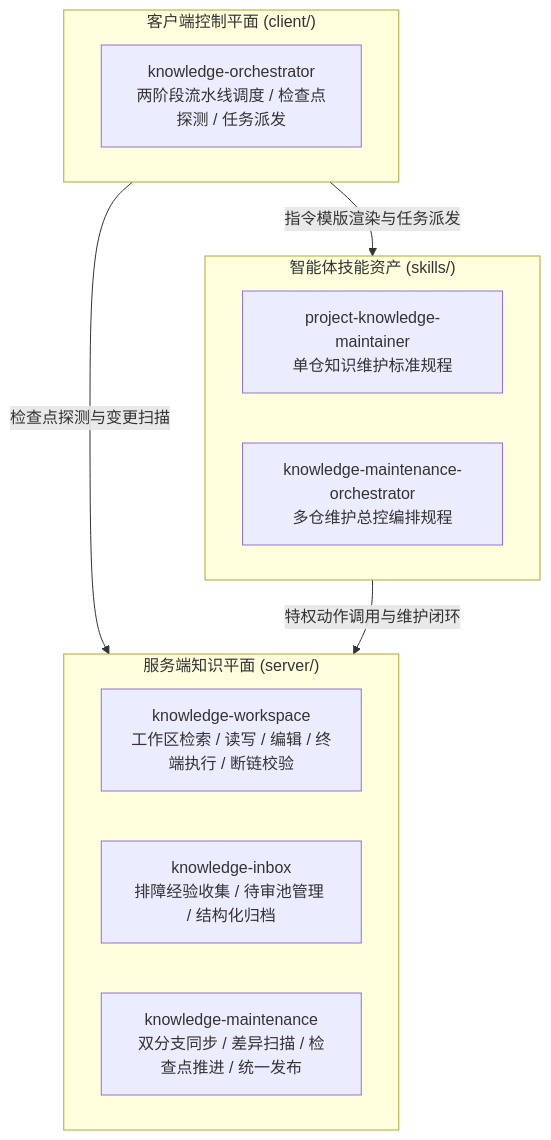
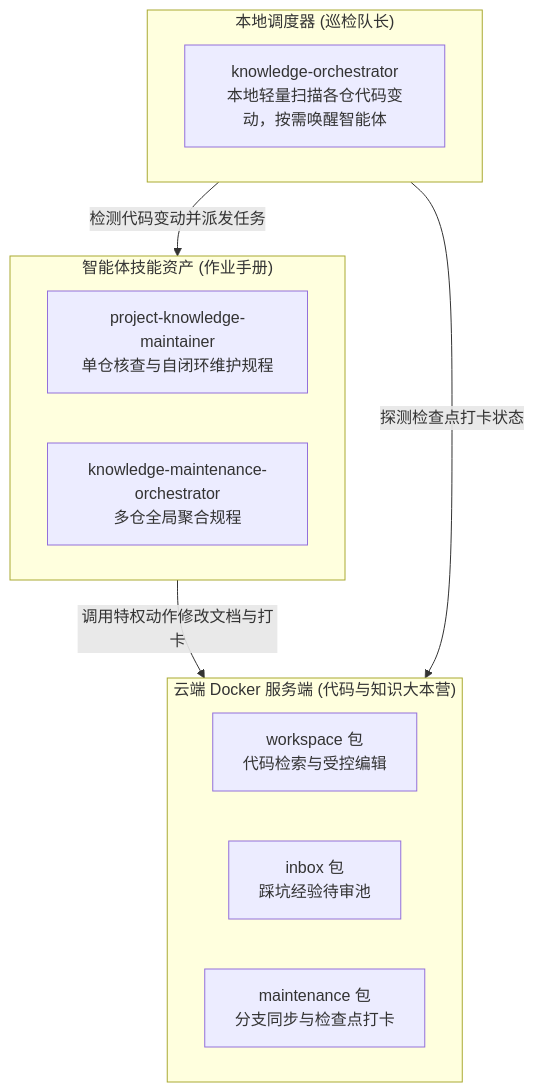
The first of 3 diagrams in docs/architecture.md (fjay/knowledge-dock), drawn with Mermaid before and after one commit. The commit also changed other lines of this file and 4 other files, not shown here.

````diff
--- a/docs/architecture.md
+++ b/docs/architecture.md
@@ -11,21 +9,21 @@
 ```mermaid
 flowchart TD
-    subgraph ClientPlane ["客户端控制平面 (client/)"]
-        Orchestrator["knowledge-orchestrator<br/>两阶段流水线调度 / 检查点探测 / 任务派发"]
+    subgraph ClientPlane ["本地调度器 (巡检队长)"]
+        Orchestrator["knowledge-orchestrator<br/>本地轻量扫描各仓代码变动，按需唤醒智能体"]
     end
 
-    subgraph SkillsPlane ["智能体技能资产 (skills/)"]
-        SkillMaintainer["project-knowledge-maintainer<br/>单仓知识维护标准规程"]
-        SkillOrchestrator["knowledge-maintenance-orchestrator<br/>多仓维护总控编排规程"]
+    subgraph SkillsPlane ["智能体技能资产 (作业手册)"]
+        Maintainer["project-knowledge-maintainer<br/>单仓核查与自闭环维护规程"]
+        OrchestratorSkill["knowledge-maintenance-orchestrator<br/>多仓全局聚合规程"]
     end
 
-    subgraph ServerPlane ["服务端知识平面 (server/)"]
-        Workspace["knowledge-workspace<br/>工作区检索 / 读写 / 编辑 / 终端执行 / 断链校验"]
-        Inbox["knowledge-inbox<br/>排障经验收集 / 待审池管理 / 结构化归档"]
-        Maintenance["knowledge-maintenance<br/>双分支同步 / 差异扫描 / 检查点推进 / 统一发布"]
+    subgraph ServerPlane ["云端 Docker 服务端 (代码与知识大本营)"]
+        Workspace["workspace 包<br/>代码检索与受控编辑"]
+        Inbox["inbox 包<br/>踩坑经验待审池"]
+        Maintenance["maintenance 包<br/>分支同步与检查点打卡"]
     end
 
-    ClientPlane -->|"检查点探测与变更扫描"| ServerPlane
-    ClientPlane -->|"指令模版渲染与任务派发"| SkillsPlane
-    SkillsPlane -->|"特权动作调用与维护闭环"| ServerPlane
+    ClientPlane -->|"检测代码变动并派发任务"| SkillsPlane
+    SkillsPlane -->|"调用特权动作修改文档与打卡"| ServerPlane
+    ClientPlane -->|"探测检查点打卡状态"| ServerPlane
 ```
````
